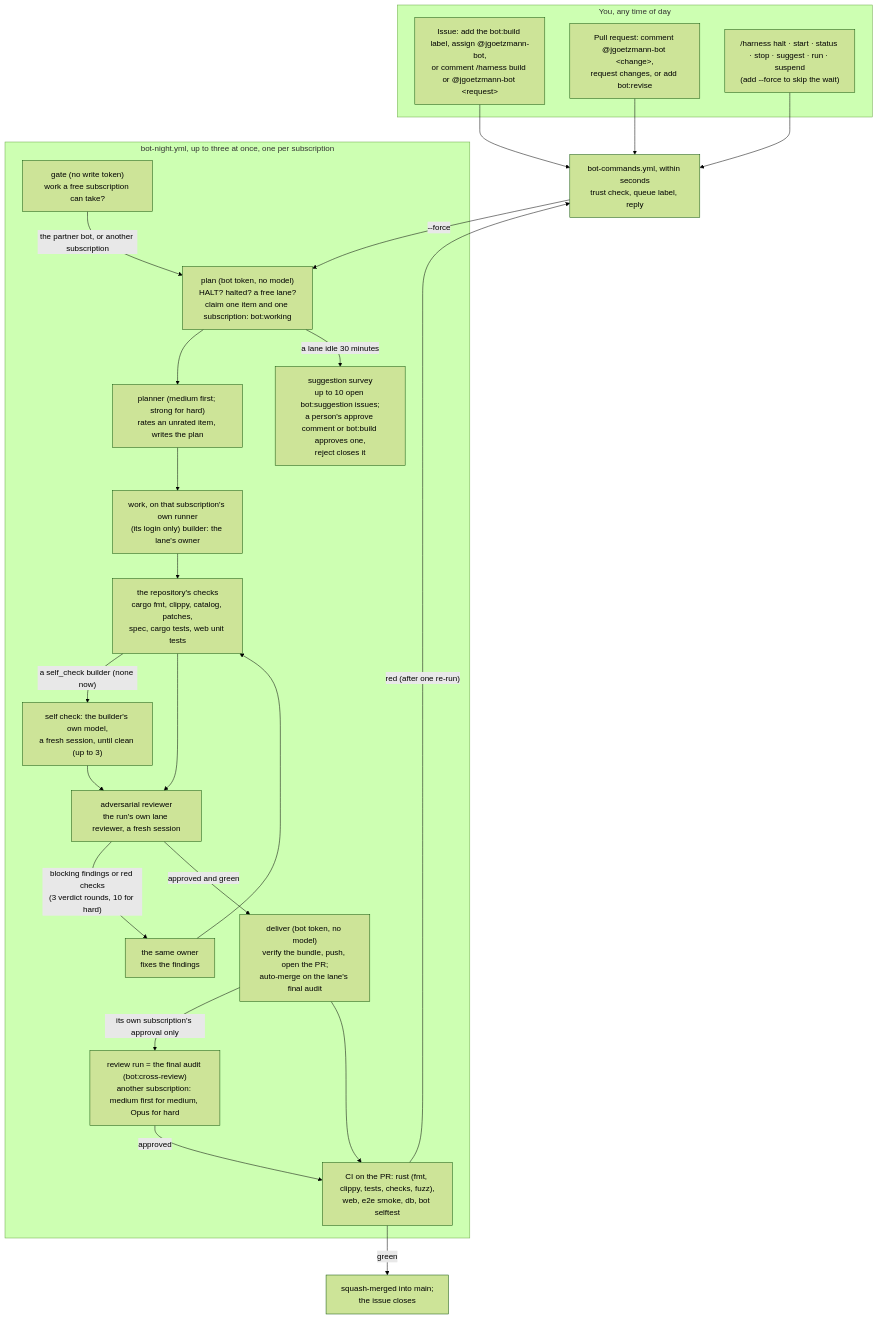
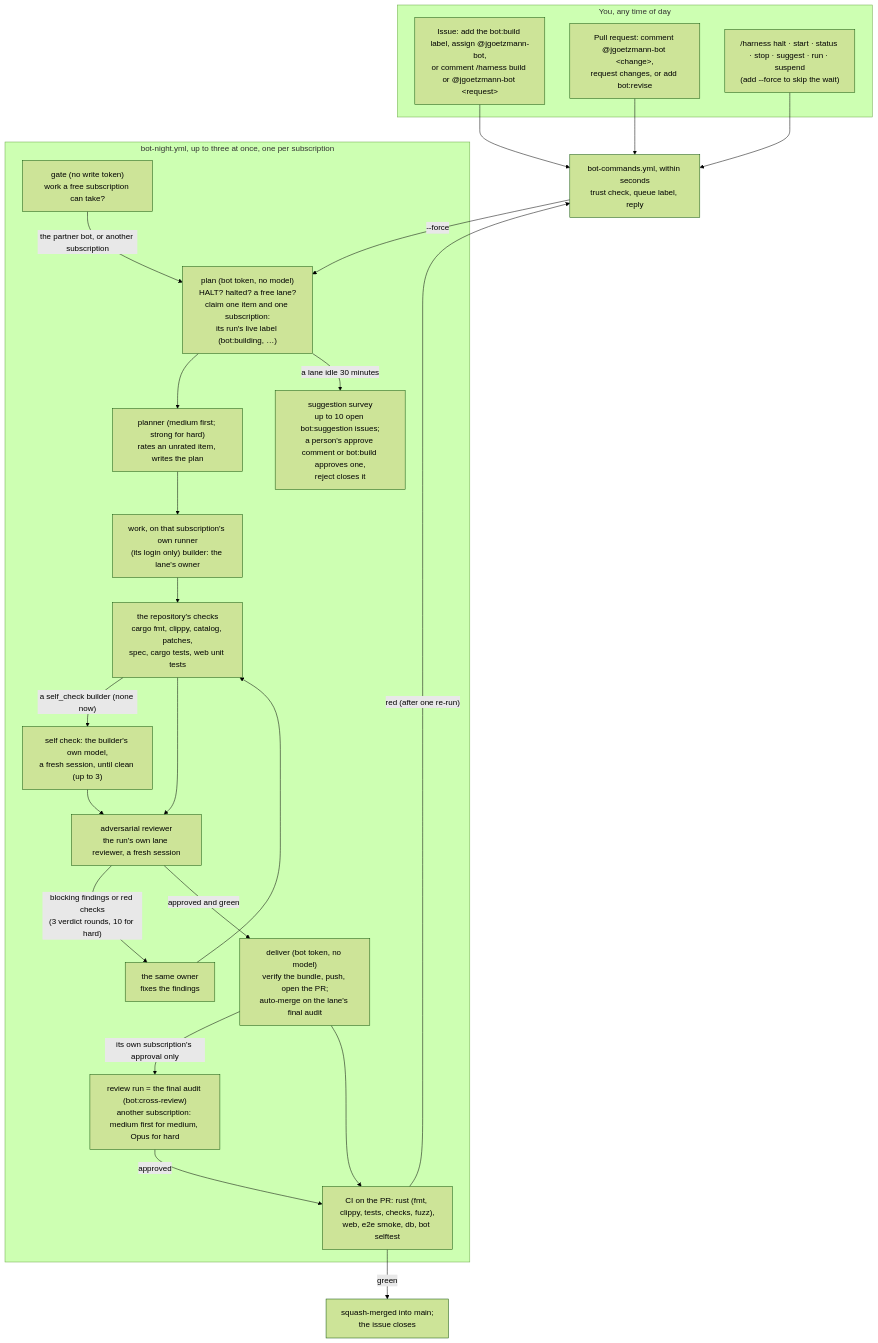
One commit to Jlore-Studios/JackiOh changed the diagram in bot/README.md. Above: the diagram before and after it, drawn with Mermaid (forest theme). The commit also changed other lines of this file and 41 other files, not shown here.

First line of the commit message:
night bot: live labels per run kind, bot:merging and bot:waiting, the tracking label, and lanes decided by the 5-hour cap in force (#2748)

````diff
--- a/bot/README.md
+++ b/bot/README.md
@@ -33,33 +33,33 @@
 ```mermaid
 flowchart TD
   subgraph you["You, any time of day"]
     I["Issue: add the bot:build label, assign @jgoetzmann-bot,<br/>or comment /harness build or @jgoetzmann-bot &lt;request&gt;"]
     P["Pull request: comment @jgoetzmann-bot &lt;change&gt;,<br/>request changes, or add bot:revise"]
     K["/harness halt · start · status · stop · suggest · run · suspend<br/>(add --force to skip the wait)"]
   end
   I --> E
   P --> E
   K --> E
   E["bot-commands.yml, within seconds<br/>trust check, queue label, reply"]
   E -- "--force" --> PL
   subgraph night["bot-night.yml, up to three at once, one per subscription"]
     GA["gate (no write token)<br/>work a free subscription can take?"]
     GA -- "the partner bot, or another subscription" --> PL
-    PL["plan (bot token, no model)<br/>HALT? halted? a free lane?<br/>claim one item and one subscription: bot:working"]
+    PL["plan (bot token, no model)<br/>HALT? halted? a free lane?<br/>claim one item and one subscription:<br/>its run's live label (bot:building, …)"]
     PL --> PN["planner (medium first; strong for hard)<br/>rates an unrated item, writes the plan"]
     PN --> B["work, on that subscription's own runner<br/>(its login only) builder: the lane's owner"]
     B --> G["the repository's checks<br/>cargo fmt, clippy, catalog, patches,<br/>spec, cargo tests, web unit tests"]
     G -- "a self_check builder (none now)" --> SC["self check: the builder's own model,<br/>a fresh session, until clean (up to 3)"]
     SC --> R
     G --> R["adversarial reviewer<br/>the run's own lane reviewer, a fresh session"]
     R -- "blocking findings or red checks<br/>(3 verdict rounds, 10 for hard)" --> F["the same owner<br/>fixes the findings"]
     F --> G
     R -- "approved and green" --> D["deliver (bot token, no model)<br/>verify the bundle, push, open the PR;<br/>auto-merge on the lane's final audit"]
     D -- "its own subscription's approval only" --> X["review run = the final audit (bot:cross-review)<br/>another subscription: medium first for medium, Opus for hard"]
     X -- "approved" --> CI
     PL -- "a lane idle 30 minutes" --> S["suggestion survey<br/>up to 10 open bot:suggestion issues;<br/>a person's approve comment or bot:build approves one,<br/>reject closes it"]
   end
   D --> CI["CI on the PR: rust (fmt, clippy, tests, checks, fuzz),<br/>web, e2e smoke, db, bot selftest"]
   CI -- "green" --> M["squash-merged into main;<br/>the issue closes"]
   CI -- "red (after one re-run)" --> E
 ```
````
